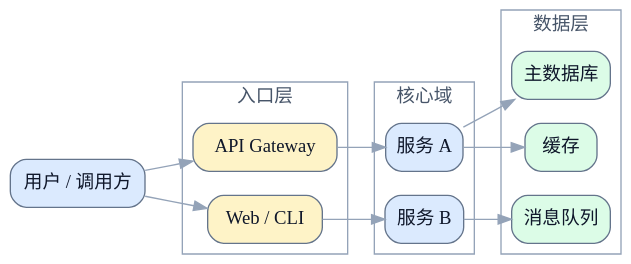
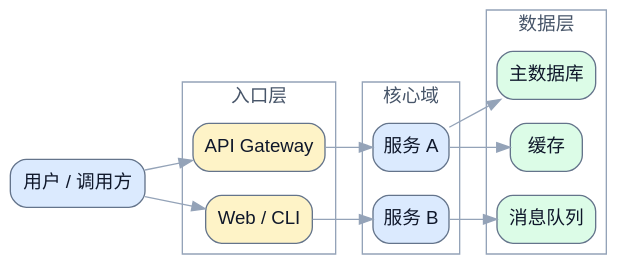
The first of 5 diagrams in skills/draw-dot/references/patterns.md (terencefan/inority-workspace), drawn with Graphviz before and after one commit. The commit also changed other lines of this file and 36 other files, not shown here.

Commit message:
feat: standardize project docs and CJK diagrams

````diff
--- a/skills/draw-dot/references/patterns.md
+++ b/skills/draw-dot/references/patterns.md
@@ -7,42 +7,42 @@
 ```dot
 digraph G {
-  graph [rankdir=LR, bgcolor="transparent"];
-  node [shape=box, style="rounded,filled", color="#64748b", fontcolor="#0f172a", fillcolor="#f8fafc"];
-  edge [color="#94a3b8", fontcolor="#94a3b8"];
+  graph [rankdir=LR, bgcolor="transparent", fontname="sans-serif"];
+  node [fontname="sans-serif", shape=box, style="rounded,filled", color="#64748b", fontcolor="#0f172a", fillcolor="#f8fafc"];
+  edge [fontname="sans-serif", color="#94a3b8", fontcolor="#94a3b8"];
 
   user [label="用户 / 调用方", fillcolor="#dbeafe"];
 
   subgraph cluster_entry {
     label="入口层";
     color="#94a3b8";
     fontcolor="#475569";
     gateway [label="API Gateway", fillcolor="#fef3c7"];
     web [label="Web / CLI", fillcolor="#fef3c7"];
   }
 
   subgraph cluster_core {
     label="核心域";
     color="#94a3b8";
     fontcolor="#475569";
     service_a [label="服务 A", fillcolor="#dbeafe"];
     service_b [label="服务 B", fillcolor="#dbeafe"];
   }
 
   subgraph cluster_data {
     label="数据层";
     color="#94a3b8";
     fontcolor="#475569";
     db [label="主数据库", fillcolor="#dcfce7"];
     cache [label="缓存", fillcolor="#dcfce7"];
     mq [label="消息队列", fillcolor="#dcfce7"];
   }
 
   user -> gateway;
   user -> web;
   gateway -> service_a;
   web -> service_b;
   service_a -> db;
   service_a -> cache;
   service_b -> mq;
 }
 ```
````
